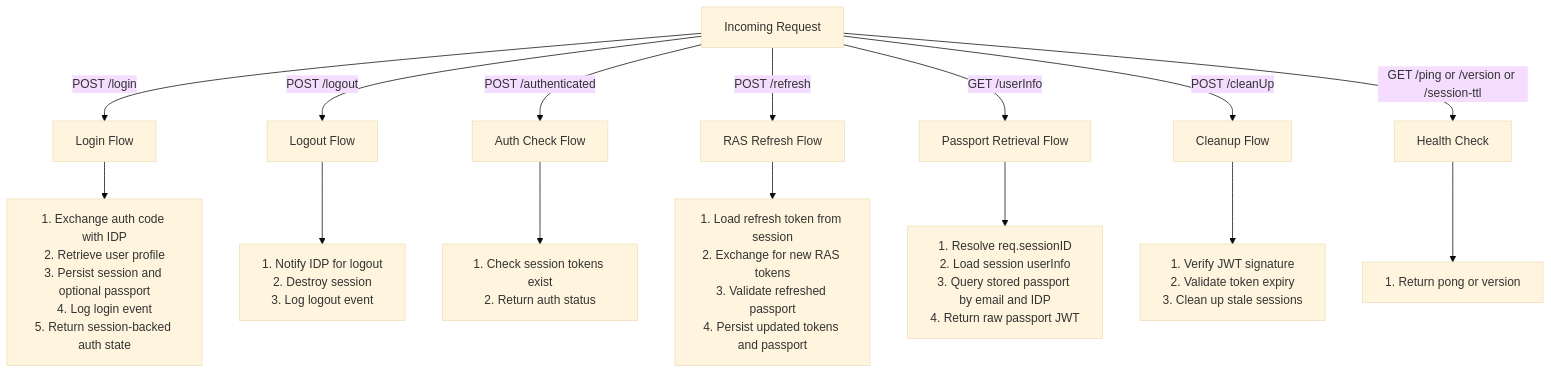
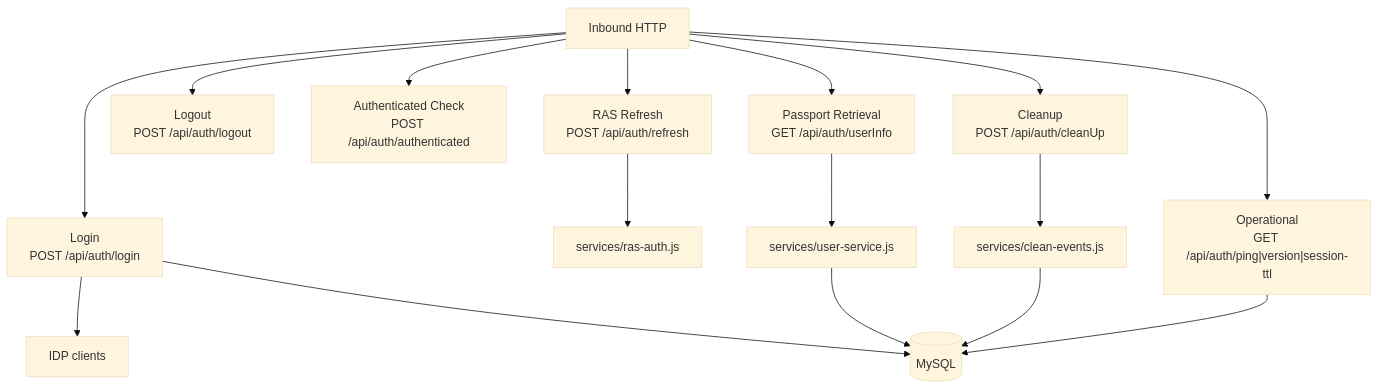
One commit to CBIIT/crdc-ctdc-authn changed the diagram in docs/architecture/runtime-flows.md. Above: the diagram before and after it, drawn with Mermaid (base theme). The commit also changed other lines of this file and 6 other files, not shown here.

First line of the commit message:
docs: refresh bootstrap architecture docs

````diff
--- a/docs/architecture/runtime-flows.md
+++ b/docs/architecture/runtime-flows.md
@@ -5,26 +7,20 @@
 ```mermaid
-graph TB
-    Request["Incoming Request"]
-    
-    Request -->|POST /login| LoginFlow["Login Flow"]
-    Request -->|POST /logout| LogoutFlow["Logout Flow"]
-    Request -->|POST /authenticated| AuthCheckFlow["Auth Check Flow"]
-    Request -->|POST /refresh| RefreshFlow["RAS Refresh Flow"]
-    Request -->|GET /userInfo| PassportFlow["Passport Retrieval Flow"]
-    Request -->|POST /cleanUp| CleanupFlow["Cleanup Flow"]
-    Request -->|GET /ping or /version or /session-ttl| HealthFlow["Health Check"]
-    
-    LoginFlow --> L1["1. Exchange auth code with IDP<br/>2. Retrieve user profile<br/>3. Persist session and optional passport<br/>4. Log login event<br/>5. Return session-backed auth state"]
-    
-    LogoutFlow --> L2["1. Notify IDP for logout<br/>2. Destroy session<br/>3. Log logout event"]
-    
-    AuthCheckFlow --> L3["1. Check session tokens exist<br/>2. Return auth status"]
+graph TD
+    Inbound["Inbound HTTP"] --> Login["Login\nPOST /api/auth/login"]
+    Inbound --> Logout["Logout\nPOST /api/auth/logout"]
+    Inbound --> Authn["Authenticated Check\nPOST /api/auth/authenticated"]
+    Inbound --> Refresh["RAS Refresh\nPOST /api/auth/refresh"]
+    Inbound --> Passport["Passport Retrieval\nGET /api/auth/userInfo"]
+    Inbound --> Cleanup["Cleanup\nPOST /api/auth/cleanUp"]
+    Inbound --> Ops["Operational\nGET /api/auth/ping|version|session-ttl"]
 
-    RefreshFlow --> L6["1. Load refresh token from session<br/>2. Exchange for new RAS tokens<br/>3. Validate refreshed passport<br/>4. Persist updated tokens and passport"]
+    Login --> IDP["IDP clients"]
+    Refresh --> RAS["services/ras-auth.js"]
+    Passport --> User["services/user-service.js"]
+    Cleanup --> CleanSvc["services/clean-events.js"]
 
-    PassportFlow --> L7["1. Resolve req.sessionID<br/>2. Load session userInfo<br/>3. Query stored passport by email and IDP<br/>4. Return raw passport JWT"]
-    
-    CleanupFlow --> L4["1. Verify JWT signature<br/>2. Validate token expiry<br/>3. Clean up stale sessions"]
-    
-    HealthFlow --> L5["1. Return pong or version"]
+    User --> SQL[("MySQL")]
+    CleanSvc --> SQL
+    Login --> SQL
+    Ops --> SQL
 ```
````
